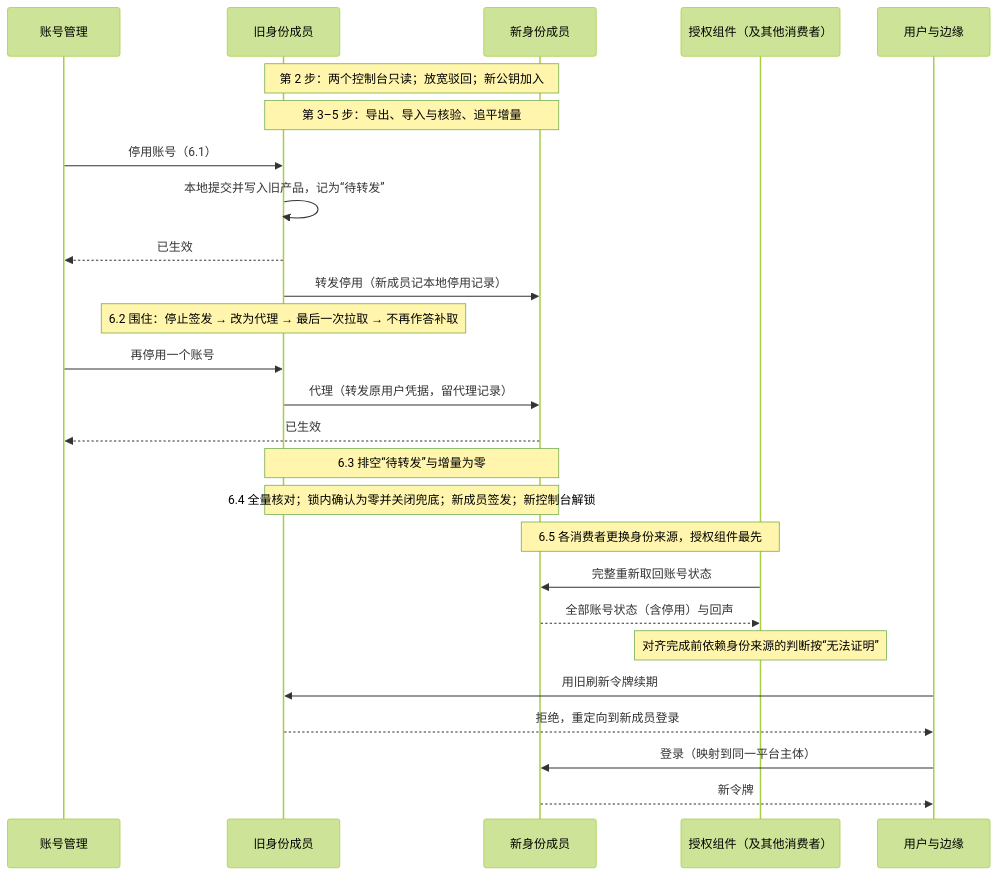
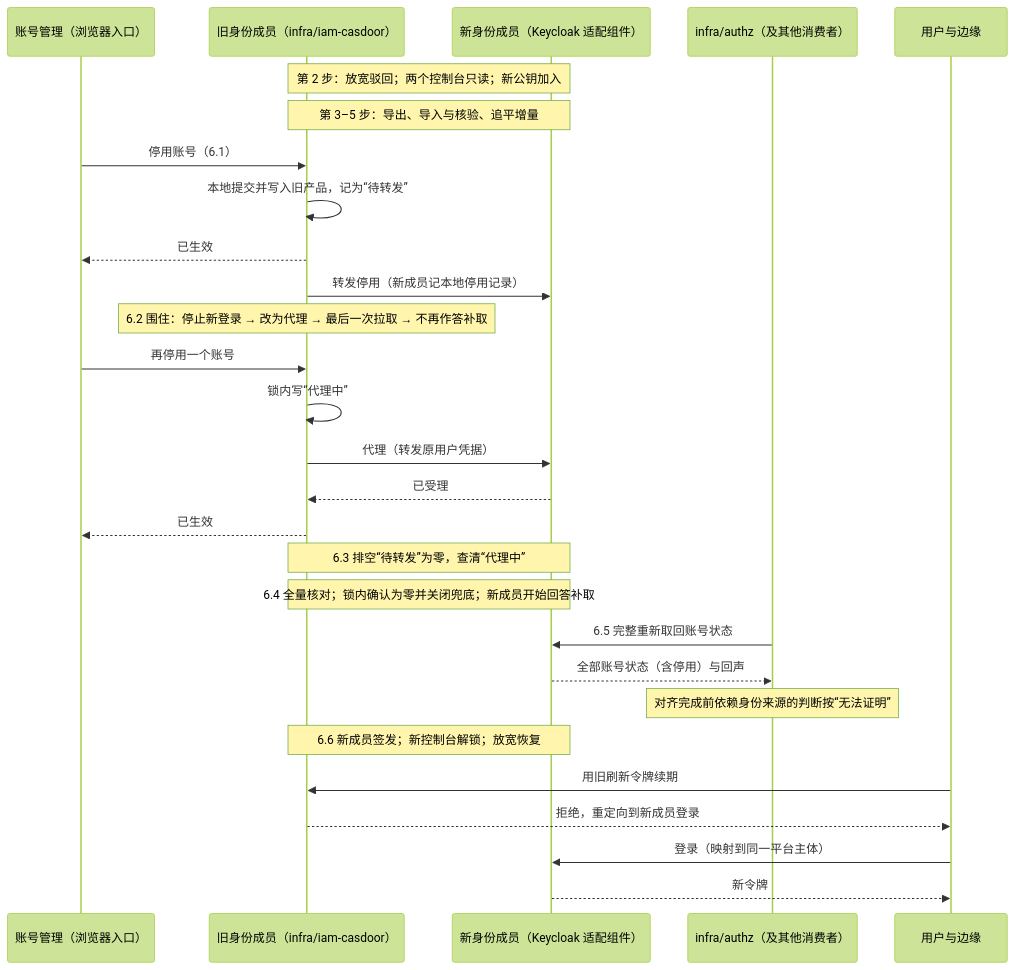
The first of 2 diagrams in tempDocs/final/06-protocols/security/11-identity-member-switching.md (brickKit/be-assembly-standard), drawn with Mermaid (forest theme) before and after one commit. The commit also changed other lines of this file and 6 other files, not shown here.

````diff
--- a/tempDocs/final/06-protocols/security/11-identity-member-switching.md
+++ b/tempDocs/final/06-protocols/security/11-identity-member-switching.md
@@ -126,28 +173,30 @@
 ```mermaid
 sequenceDiagram
-    participant Op as 账号管理
-    participant Old as 旧身份成员
-    participant New as 新身份成员
-    participant Z as 授权组件（及其他消费者）
+    participant Op as 账号管理（浏览器入口）
+    participant Old as 旧身份成员（infra/iam-casdoor）
+    participant New as 新身份成员（Keycloak 适配组件）
+    participant Z as infra/authz（及其他消费者）
     participant U as 用户与边缘
-    Note over Old,New: 第 2 步：两个控制台只读；放宽驳回；新公钥加入
+    Note over Old,New: 第 2 步：放宽驳回；两个控制台只读；新公钥加入
     Note over Old,New: 第 3–5 步：导出、导入与核验、追平增量
     Op->>Old: 停用账号（6.1）
     Old->>Old: 本地提交并写入旧产品，记为“待转发”
     Old-->>Op: 已生效
     Old->>New: 转发停用（新成员记本地停用记录）
-    Note over Old: 6.2 围住：停止签发 → 改为代理 → 最后一次拉取 → 不再作答补取
+    Note over Old: 6.2 围住：停止新登录 → 改为代理 → 最后一次拉取 → 不再作答补取
     Op->>Old: 再停用一个账号
-    Old->>New: 代理（转发原用户凭据，留代理记录）
-    New-->>Op: 已生效
-    Note over Old,New: 6.3 排空“待转发”与增量为零
-    Note over Old,New: 6.4 全量核对；锁内确认为零并关闭兜底；新成员签发；新控制台解锁
-    Note over Z,New: 6.5 各消费者更换身份来源，授权组件最先
-    Z->>New: 完整重新取回账号状态
+    Old->>Old: 锁内写“代理中”
+    Old->>New: 代理（转发原用户凭据）
+    New-->>Old: 已受理
+    Old-->>Op: 已生效
+    Note over Old,New: 6.3 排空“待转发”为零，查清“代理中”
+    Note over Old,New: 6.4 全量核对；锁内确认为零并关闭兜底；新成员开始回答补取
+    Z->>New: 6.5 完整重新取回账号状态
     New-->>Z: 全部账号状态（含停用）与回声
     Note over Z: 对齐完成前依赖身份来源的判断按“无法证明”
+    Note over Old,New: 6.6 新成员签发；新控制台解锁；放宽恢复
     U->>Old: 用旧刷新令牌续期
     Old-->>U: 拒绝，重定向到新成员登录
     U->>New: 登录（映射到同一平台主体）
     New-->>U: 新令牌
 ```
````
